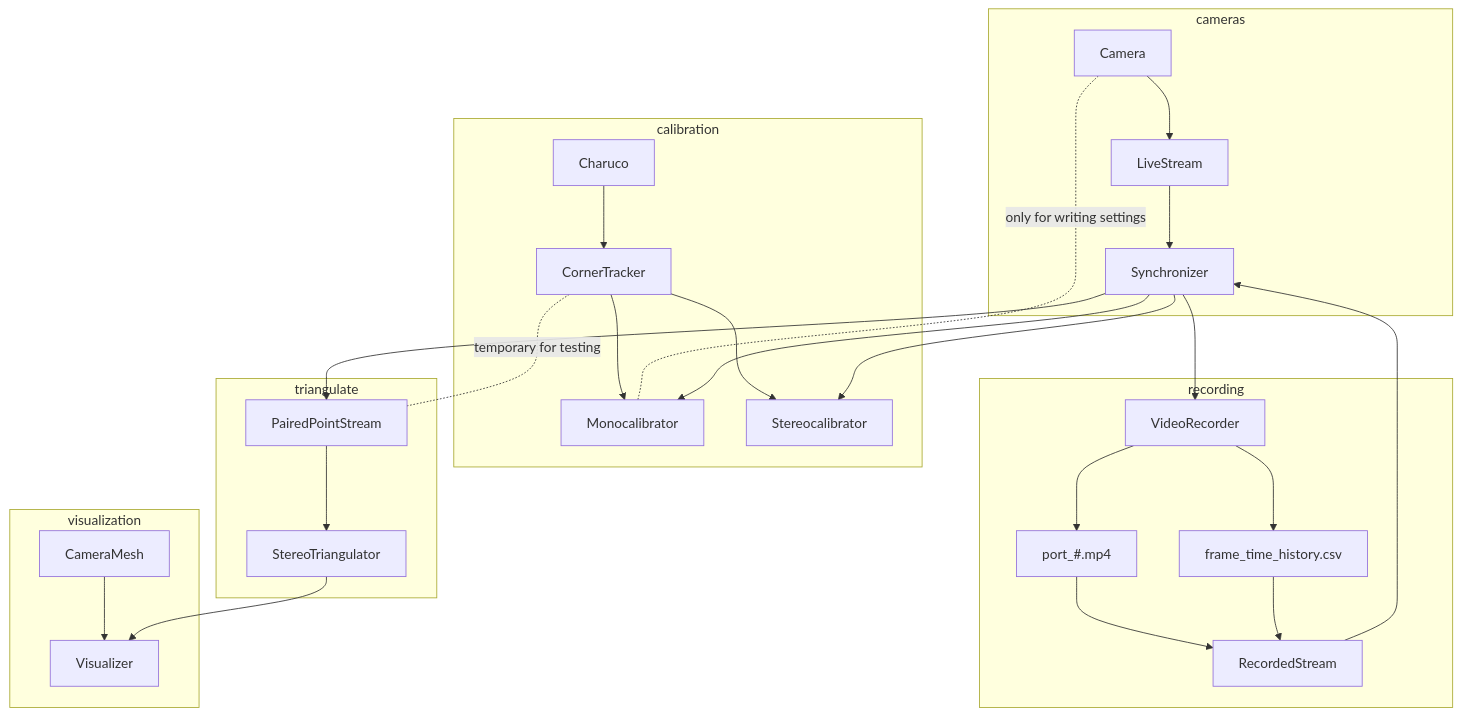
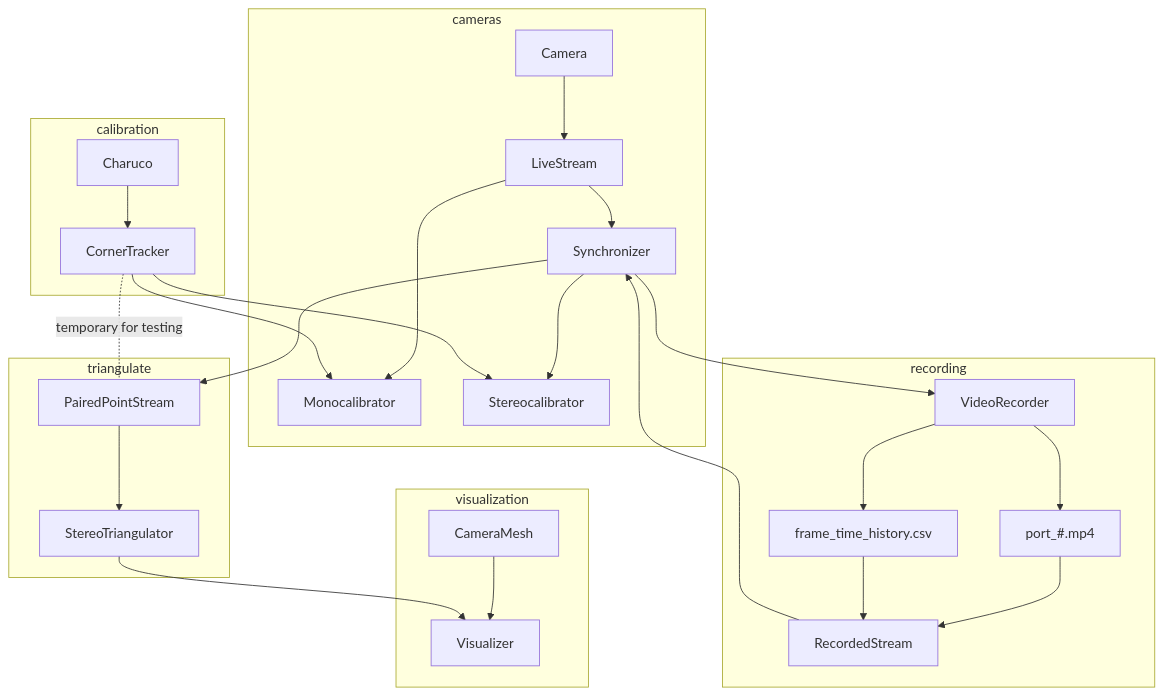
Before and after one commit to mprib/caliscope: the diagram in README.md, drawn with Mermaid.

Commit message:
reflect revised object relationships

````diff
--- a/README.md
+++ b/README.md
@@ -30,41 +30,41 @@
 ```mermaid
 graph
+
+subgraph cameras
+Camera --> LiveStream
+LiveStream --> Monocalibrator
+LiveStream --> Synchronizer
+Synchronizer --> Stereocalibrator
+end
 
 subgraph calibration
 Charuco --> CornerTracker
 CornerTracker --> Monocalibrator
 CornerTracker --> Stereocalibrator
 end
 
-subgraph cameras
-Camera -.only for writing settings.- Monocalibrator
-Camera --> LiveStream
-LiveStream --> Synchronizer
-Synchronizer --> Monocalibrator
-Synchronizer --> Stereocalibrator
-end
 
 Synchronizer --> PairedPointStream 
 
 subgraph recording
 Synchronizer --> VideoRecorder
 VideoRecorder --> port_#.mp4
 VideoRecorder --> frame_time_history.csv
 
 port_#.mp4 --> RecordedStream
 frame_time_history.csv --> RecordedStream
 RecordedStream --> Synchronizer
 end
 
 CornerTracker -.temporary for testing .- PairedPointStream
 
 subgraph triangulate
 PairedPointStream -->StereoTriangulator
 end
 
 subgraph visualization
 CameraMesh --> Visualizer
 StereoTriangulator --> Visualizer
 end
 
 ```
````
